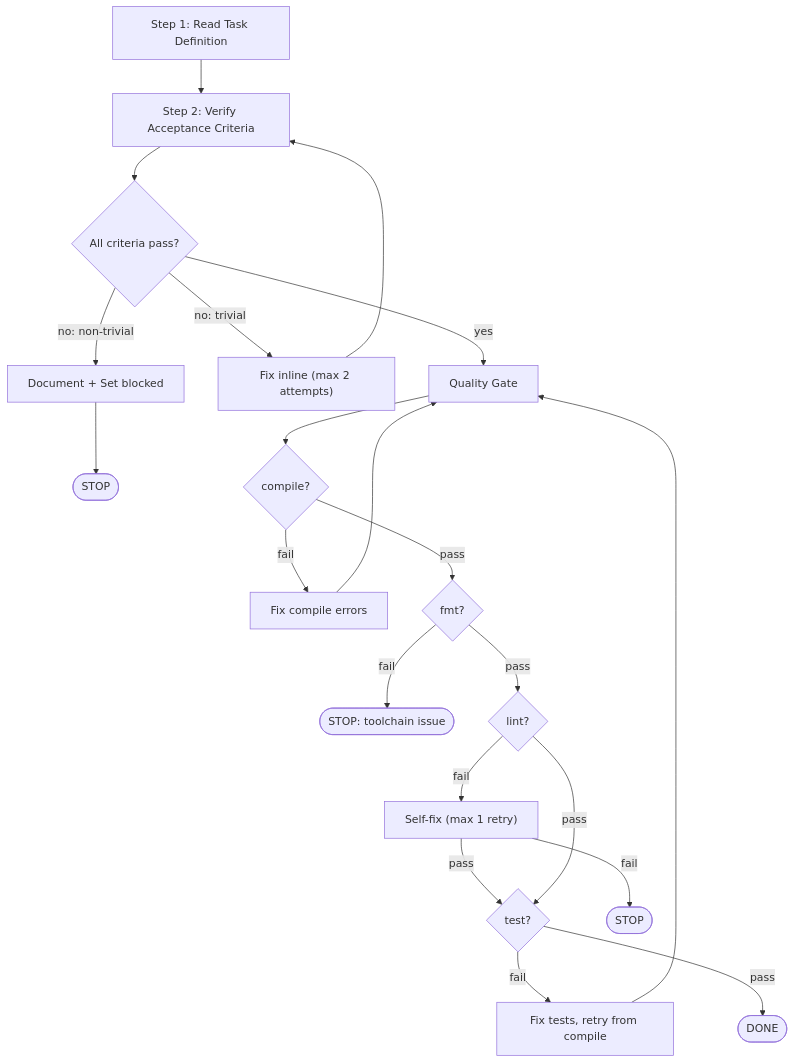
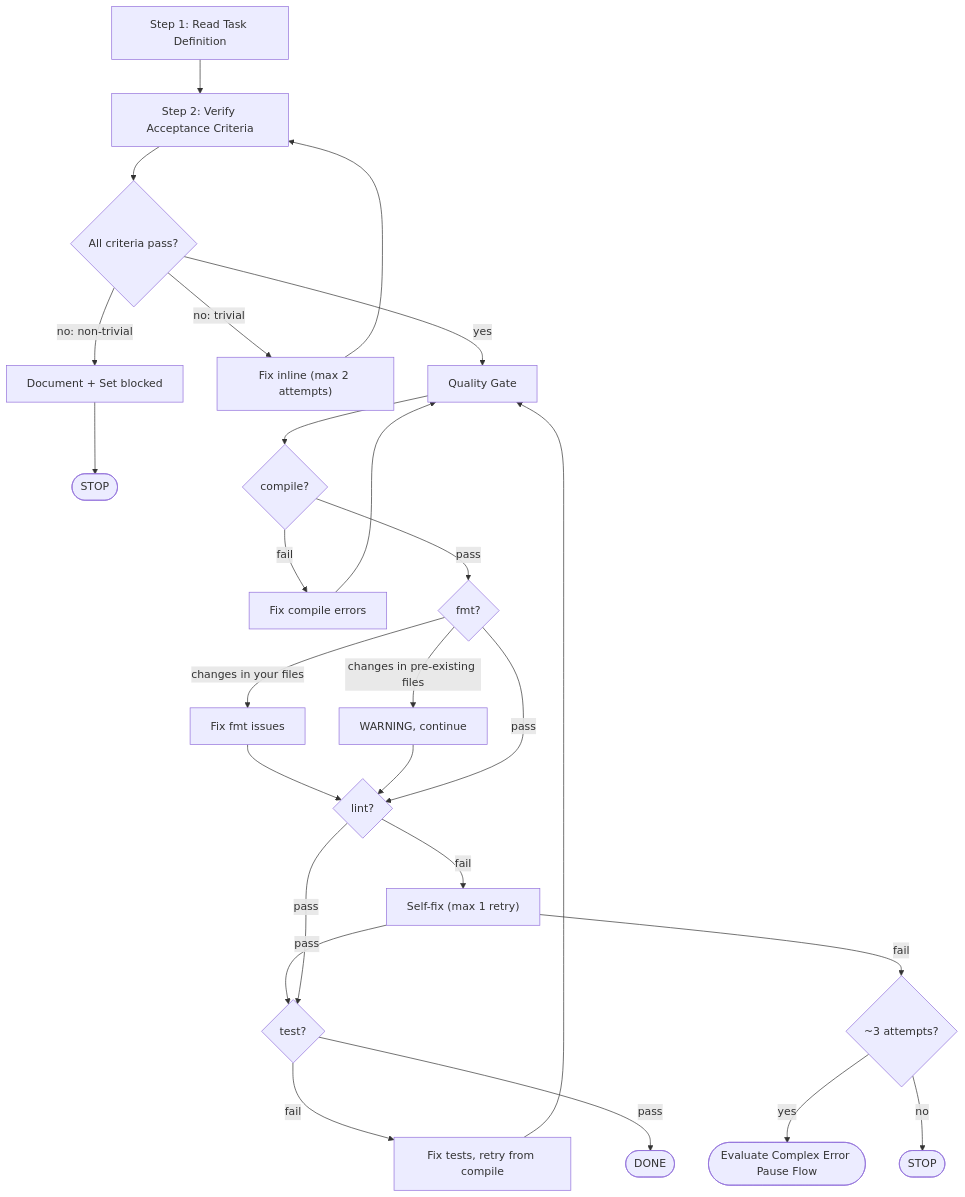
The diagram in forge-cli/pkg/prompt/data/gate.md (bigfaner/forge), drawn with Mermaid before and after one commit. The commit also changed other lines of this file and 8 other files, not shown here.

````diff
--- a/forge-cli/pkg/prompt/data/gate.md
+++ b/forge-cli/pkg/prompt/data/gate.md
@@ -64,23 +64,28 @@
 ```mermaid
 flowchart TD
     A["Step 1: Read Task Definition"] --> B["Step 2: Verify Acceptance Criteria"]
     B --> C{"All criteria pass?"}
     C -->|"yes"| D["Quality Gate"]
     C -->|"no: trivial"| E["Fix inline (max 2 attempts)"]
     E --> B
     C -->|"no: non-trivial"| F["Document + Set blocked"]
     F --> STOP(["STOP"])
     D --> G{"compile?"}
     G -->|"fail"| H["Fix compile errors"]
     H --> D
     G -->|"pass"| I{"fmt?"}
-    I -->|"fail"| STOP2(["STOP: toolchain issue"])
+    I -->|"changes in your files"| I1["Fix fmt issues"]
+    I1 --> J
+    I -->|"changes in pre-existing files"| I2["WARNING, continue"]
+    I2 --> J
     I -->|"pass"| J{"lint?"}
     J -->|"fail"| K["Self-fix (max 1 retry)"]
     K -->|"pass"| L{"test?"}
-    K -->|"fail"| STOP3(["STOP"])
+    K -->|"fail"| K2{"~3 attempts?"}
+    K2 -->|"yes"| STOP3(["Evaluate Complex Error Pause Flow"])
+    K2 -->|"no"| STOP2(["STOP"])
     J -->|"pass"| L
     L -->|"fail"| M["Fix tests, retry from compile"]
     M --> D
     L -->|"pass"| DONE(["DONE"])
 ```
````
